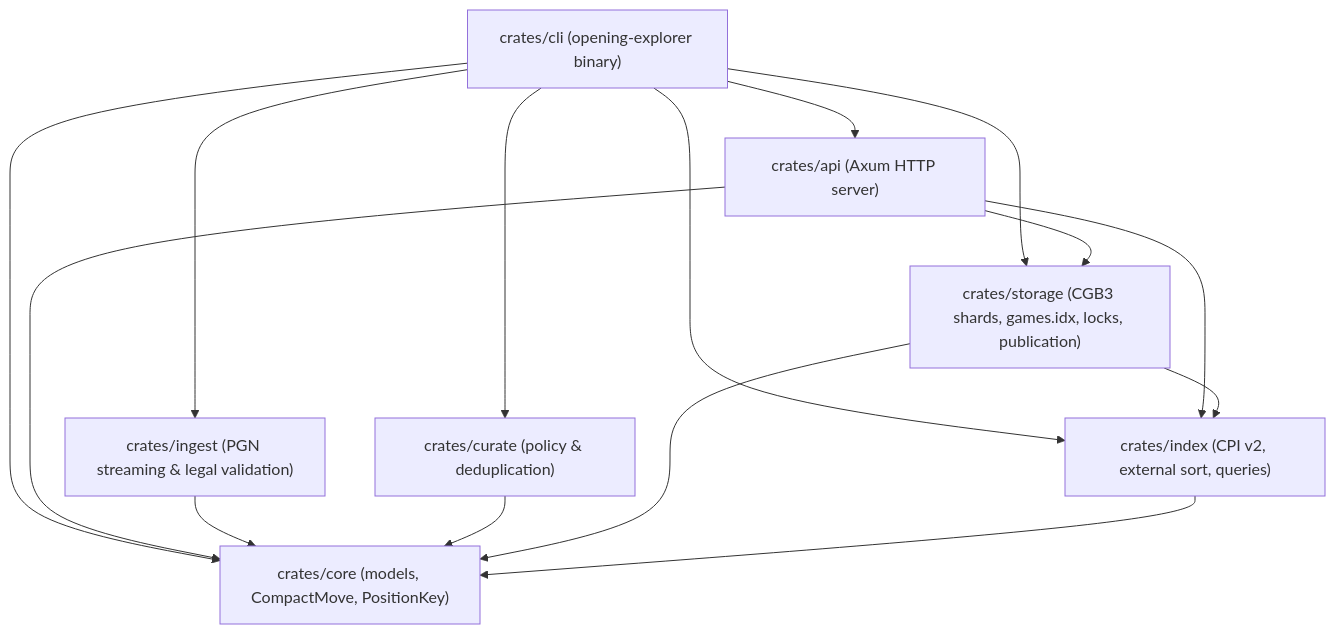
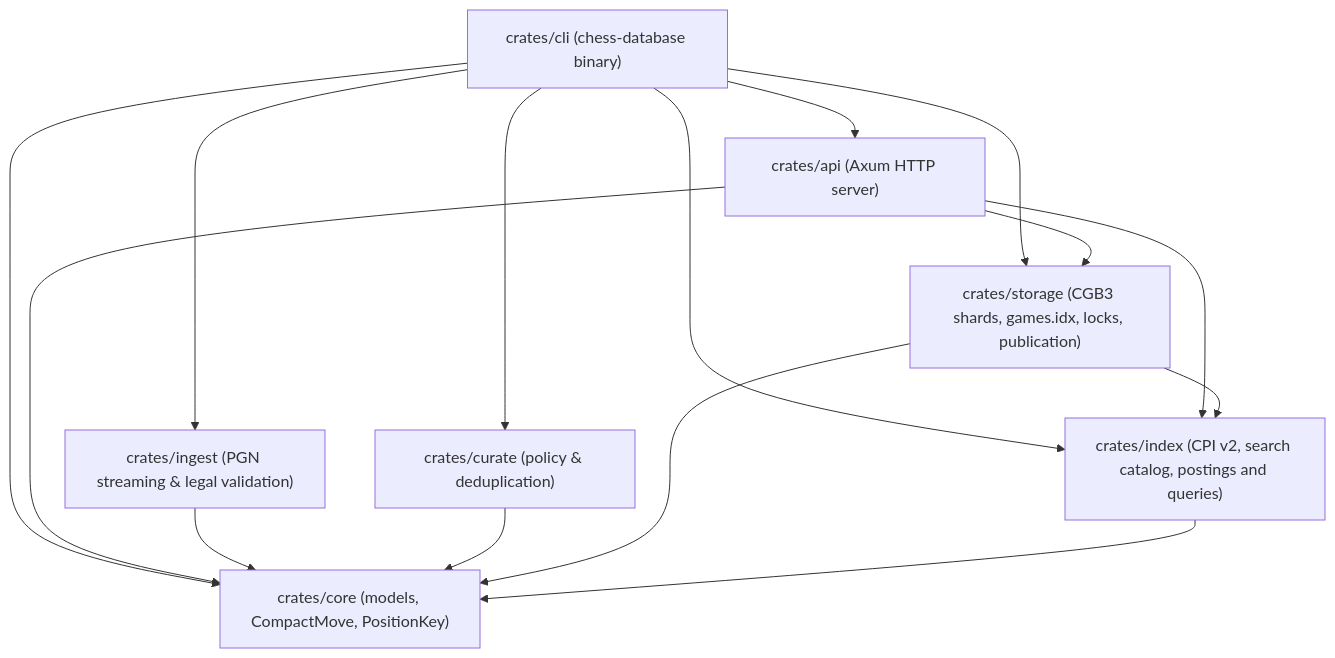
Before and after one commit to Nerver-zip/chess-database-api: the first of 4 diagrams in docs/ARCHITECTURE.md, drawn with Mermaid. The commit also changed other lines of this file and 96 other files, not shown here.

````diff
--- a/docs/ARCHITECTURE.md
+++ b/docs/ARCHITECTURE.md
@@ -36,27 +38,27 @@
 ```mermaid
 flowchart TD
-    CLI["crates/cli (opening-explorer binary)"]
+    CLI["crates/cli (chess-database binary)"]
     API["crates/api (Axum HTTP server)"]
     INGEST["crates/ingest (PGN streaming & legal validation)"]
     CURATE["crates/curate (policy & deduplication)"]
     STORAGE["crates/storage (CGB3 shards, games.idx, locks, publication)"]
-    INDEX["crates/index (CPI v2, external sort, queries)"]
+    INDEX["crates/index (CPI v2, search catalog, postings and queries)"]
     CORE["crates/core (models, CompactMove, PositionKey)"]
 
     CLI --> API
     CLI --> INGEST
     CLI --> CURATE
     CLI --> STORAGE
     CLI --> INDEX
     CLI --> CORE
 
     API --> STORAGE
     API --> INDEX
     API --> CORE
 
     INGEST --> CORE
     CURATE --> CORE
     STORAGE --> CORE
     STORAGE --> INDEX
     INDEX --> CORE
 ```
````
